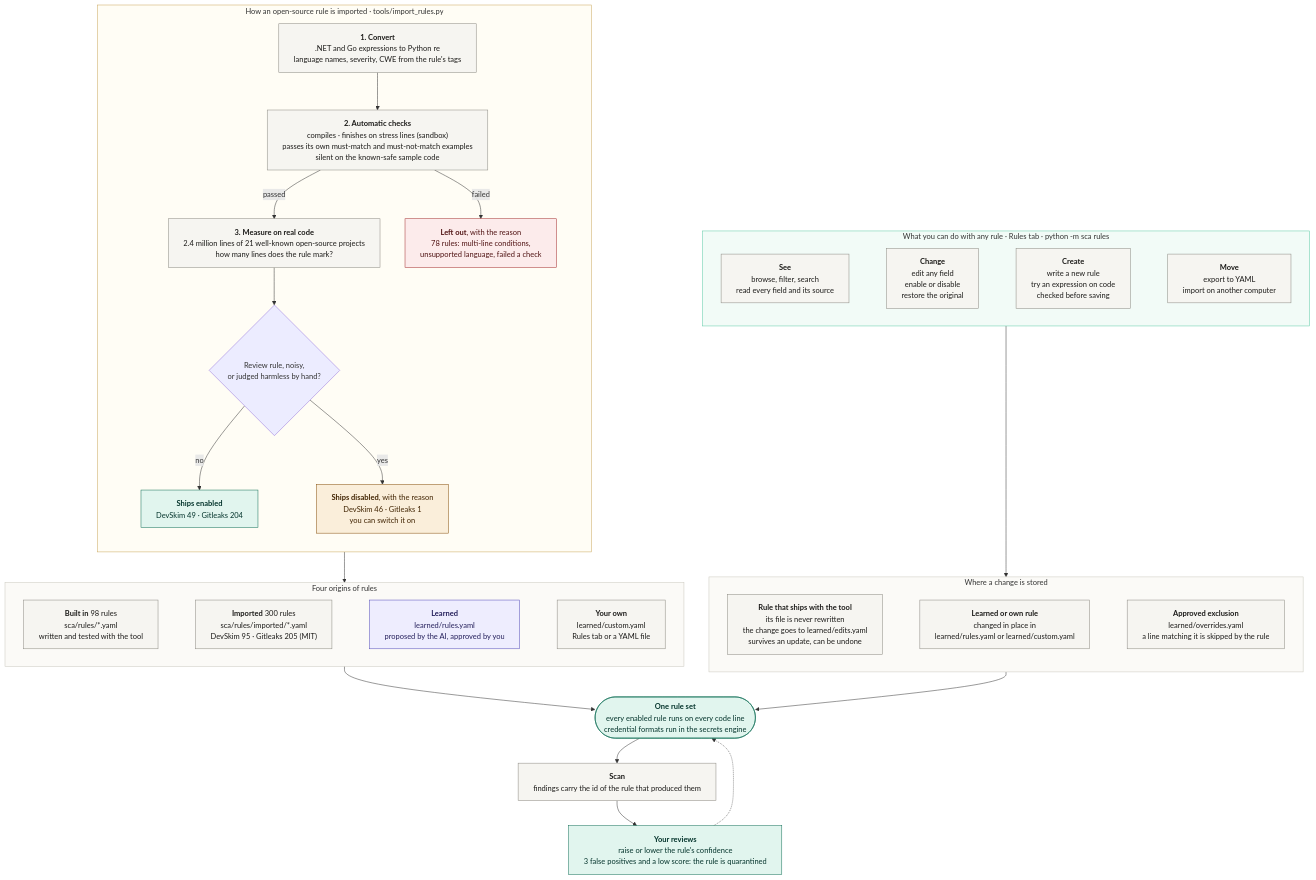
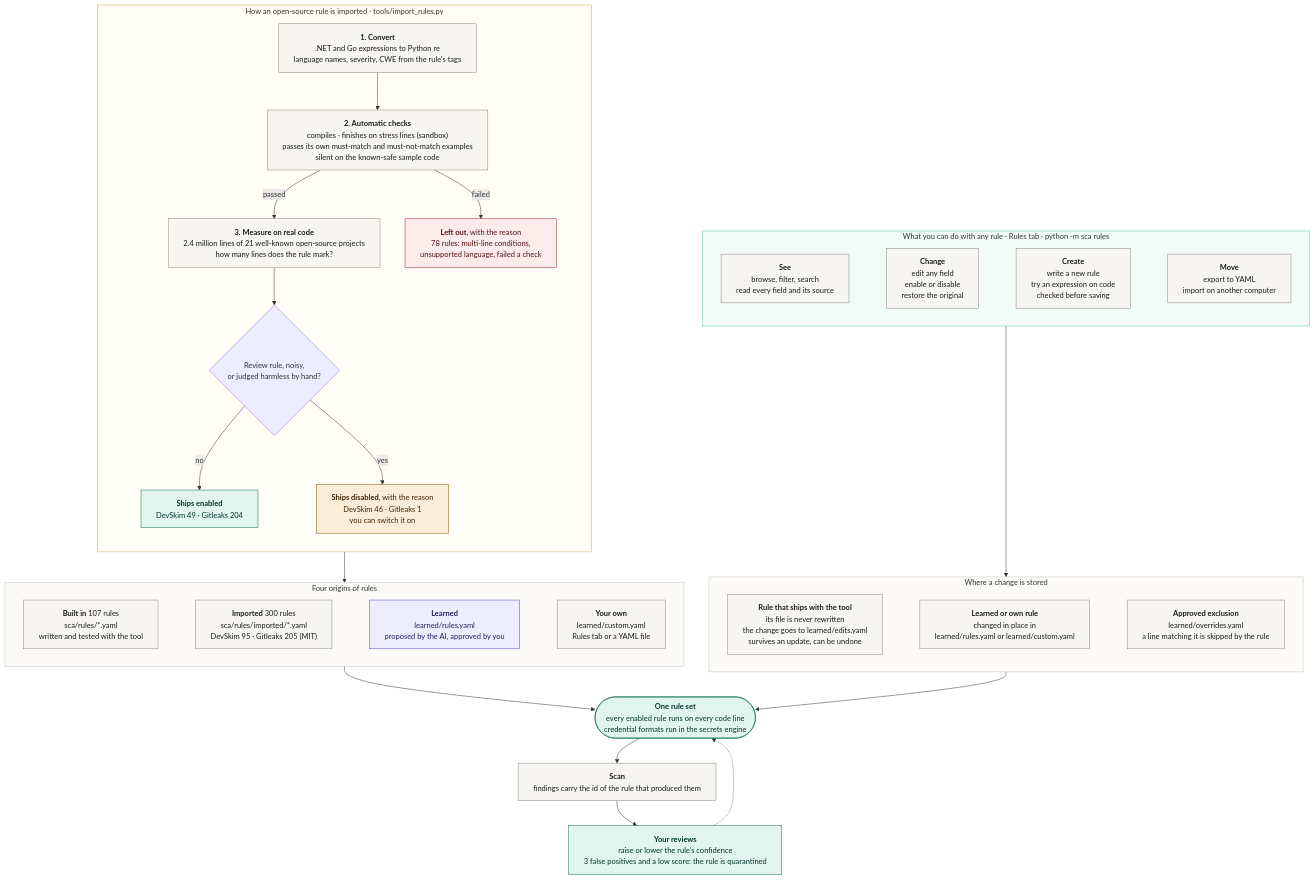
Before and after one commit to blackangiliq/graduate_project: the diagram in docs/diagrams/rules.mmd, drawn with Mermaid. The commit also changed 50 other files, not shown here.

```diff
--- a/docs/diagrams/rules.mmd
+++ b/docs/diagrams/rules.mmd
@@ -1,67 +1,67 @@
 %%{init: {"flowchart": {"wrappingWidth": 440}, "themeVariables": {"fontFamily": "Liberation Sans", "fontSize": "15px"}, "themeCSS": "foreignObject div, foreignObject p, foreignObject span, .nodeLabel, .edgeLabel, .cluster-label { unicode-bidi: plaintext; }"}}%%
 %% Where rules come from, how an imported rule is vetted, and how the user controls rules.
 %% Render:  mmdc -i docs/diagrams/rules.mmd -o docs/images/rules.png -w 1400 -s 2 -b white
 flowchart TD
     subgraph SRC["Four origins of rules"]
         direction LR
         O1 ~~~ O2 ~~~ O3 ~~~ O4
-        O1["<b>Built in</b>  98 rules<br/>sca/rules/*.yaml<br/>written and tested with the tool"]
+        O1["<b>Built in</b>  107 rules<br/>sca/rules/*.yaml<br/>written and tested with the tool"]
         O2["<b>Imported</b>  300 rules<br/>sca/rules/imported/*.yaml<br/>DevSkim 95 · Gitleaks 205 (MIT)"]
         O3["<b>Learned</b><br/>learned/rules.yaml<br/>proposed by the AI, approved by you"]
         O4["<b>Your own</b><br/>learned/custom.yaml<br/>Rules tab or a YAML file"]
     end
 
     subgraph IMP["How an open-source rule is imported  ·  tools/import_rules.py"]
         direction TB
         I1["<b>1. Convert</b><br/>.NET and Go expressions to Python re<br/>language names, severity, CWE from the rule's tags"]
         I2["<b>2. Automatic checks</b><br/>compiles · finishes on stress lines (sandbox)<br/>passes its own must-match and must-not-match examples<br/>silent on the known-safe sample code"]
         I3["<b>3. Measure on real code</b><br/>2.4 million lines of 21 well-known open-source projects<br/>how many lines does the rule mark?"]
         I4{"Review rule, noisy,<br/>or judged harmless by hand?"}
         I5["<b>Ships enabled</b><br/>DevSkim 49 · Gitleaks 204"]
         I6["<b>Ships disabled</b>, with the reason<br/>DevSkim 46 · Gitleaks 1<br/>you can switch it on"]
         I7["<b>Left out</b>, with the reason<br/>78 rules: multi-line conditions,<br/>unsupported language, failed a check"]
         I1 --> I2
         I2 -- passed --> I3 --> I4
         I2 -- failed --> I7
         I4 -- no --> I5
         I4 -- yes --> I6
     end
 
     subgraph CTL["What you can do with any rule  ·  Rules tab  ·  python -m sca rules"]
         direction LR
         C1 ~~~ C2 ~~~ C3 ~~~ C4
         C1["<b>See</b><br/>browse, filter, search<br/>read every field and its source"]
         C2["<b>Change</b><br/>edit any field<br/>enable or disable<br/>restore the original"]
         C3["<b>Create</b><br/>write a new rule<br/>try an expression on code<br/>checked before saving"]
         C4["<b>Move</b><br/>export to YAML<br/>import on another computer"]
     end
 
     subgraph SAVE["Where a change is stored"]
         direction LR
         S1 ~~~ S2 ~~~ S3
         S1["<b>Rule that ships with the tool</b><br/>its file is never rewritten<br/>the change goes to learned/edits.yaml<br/>survives an update, can be undone"]
         S2["<b>Learned or own rule</b><br/>changed in place in<br/>learned/rules.yaml or learned/custom.yaml"]
         S3["<b>Approved exclusion</b><br/>learned/overrides.yaml<br/>a line matching it is skipped by the rule"]
     end
 
     IMP --> SRC
     SRC --> SET(["<b>One rule set</b><br/>every enabled rule runs on every code line<br/>credential formats run in the secrets engine"])
     CTL --> SAVE --> SET
     SET --> SCAN["<b>Scan</b><br/>findings carry the id of the rule that produced them"]
     SCAN --> FB["<b>Your reviews</b><br/>raise or lower the rule's confidence<br/>3 false positives and a low score: the rule is quarantined"]
     FB -.-> SET
 
     classDef plain fill:#f6f5f1,stroke:#8a8880,color:#1c1b19
     classDef good fill:#e1f5ee,stroke:#0f6e56,color:#04342c
     classDef warn fill:#faeeda,stroke:#854f0b,color:#412402
     classDef stop fill:#fcebeb,stroke:#a32d2d,color:#501313
     classDef ai fill:#eeedfe,stroke:#534ab7,color:#26215c
     class O1,O2,O4,I1,I2,I3,C1,C2,C3,C4,S1,S2,S3,SCAN plain
     class O3 ai
     class I5,SET,FB good
     class I6 warn
     class I7 stop
     style SRC fill:#fbfaf7,stroke:#c9c7bd
     style IMP fill:#fffdf5,stroke:#c9a55a
     style CTL fill:#f2fbf7,stroke:#5dcaa5
     style SAVE fill:#fbfaf7,stroke:#c9c7bd
```
